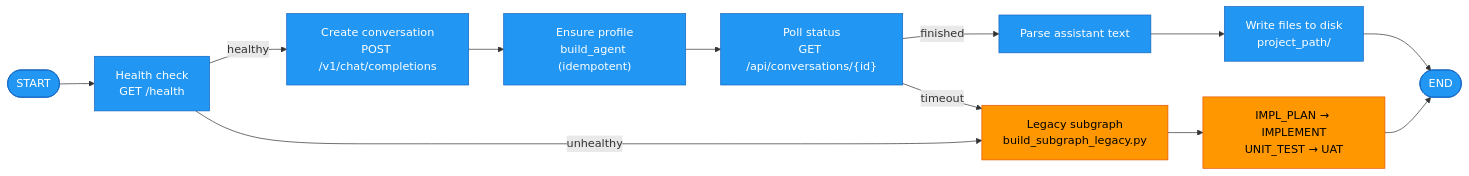
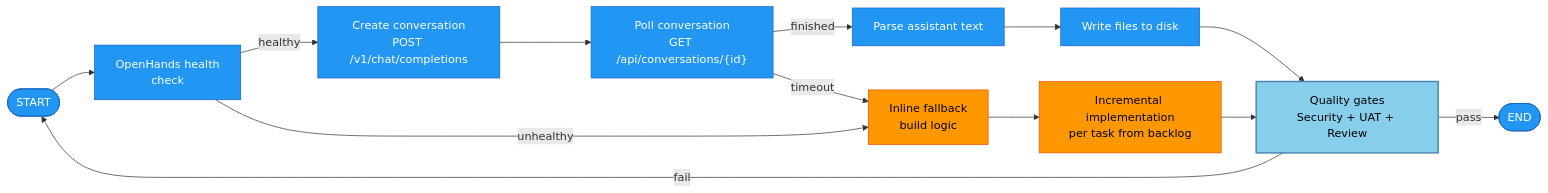
Before and after one commit to terrygzhou/loop_engineering_factory: the second of 4 diagrams in README.md, drawn with Mermaid. The commit also changed other lines of this file and 6 other files, not shown here.

````diff
--- a/README.md
+++ b/README.md
@@ -98,25 +61,27 @@
 ```mermaid
 graph LR
-    START([START]) --> HEALTH["Health check<br/>GET /health"]
+    START([START]) --> OH_CHECK["OpenHands health<br/>check"]
 
-    HEALTH -->|healthy| CREATE["Create conversation<br/>POST /v1/chat/completions"]
-    HEALTH -->|unhealthy| LEGACY["Legacy subgraph<br/>build_subgraph_legacy.py"]
+    OH_CHECK -->|healthy| CREATE_CONV["Create conversation<br/>POST /v1/chat/completions"]
+    OH_CHECK -->|unhealthy| INLINE["Inline fallback<br/>build logic"]
 
-    CREATE --> ENSURE["Ensure profile<br/>build_agent (idempotent)"]
-    ENSURE --> POLL["Poll status<br/>GET /api/conversations/{id}"]
+    CREATE_CONV --> POLL["Poll conversation<br/>GET /api/conversations/{id}"]
     POLL -->|finished| PARSE["Parse assistant text"]
-    POLL -->|timeout| LEGACY
+    POLL -->|timeout| INLINE
 
-    PARSE --> WRITE["Write files to disk<br/>project_path/"]
-    WRITE --> END([END])
+    PARSE --> WRITE_FILES["Write files to disk"]
+    WRITE_FILES --> GATE["Quality gates<br/>Security + UAT + Review"]
+    GATE -->|pass| END([END])
+    GATE -->|fail| START
 
-    LEGACY --> SUB["IMPL_PLAN → IMPLEMENT<br/>UNIT_TEST → UAT"]
-    SUB --> END
+    INLINE --> INLINE_BUILD["Incremental implementation<br/>per task from backlog"]
+    INLINE_BUILD --> GATE
 
     classDef agent fill:#90EE90,stroke:#2E8B57,stroke-width:2px,color:#000
     classDef fallback fill:#FF9800,stroke:#E65100,stroke-width:1px,color:#000
     classDef node fill:#2196F3,stroke:#1565C0,stroke-width:1px,color:#fff
-    class HEALTH,ENSURE,POLL,PARSE,WRITE node
-    class CREATE node
-    class LEGACY,SUB fallback
+    classDef gate fill:#87CEEB,stroke:#4682B4,stroke-width:2px,color:#000
+    class OH_CHECK,CREATE_CONV,POLL,PARSE,WRITE_FILES node
+    class INLINE,INLINE_BUILD fallback
+    class GATE gate
 ```
````
